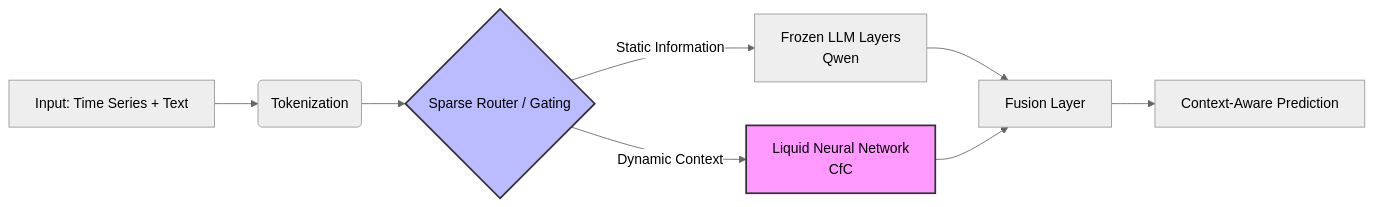
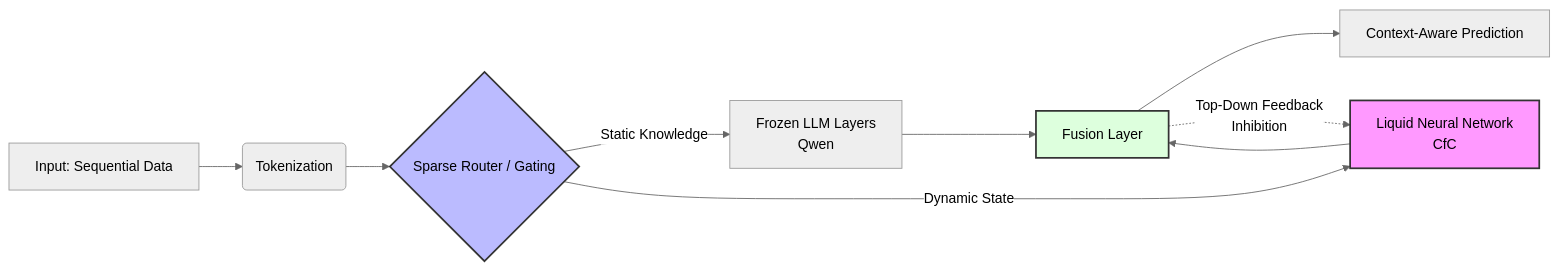
Before and after one commit to Benoth08/Benoth08: the diagram in README.md, drawn with Mermaid (neutral theme). The commit also changed other lines of this file, not shown here.

````diff
--- a/README.md
+++ b/README.md
@@ -37,13 +37,15 @@
 ```mermaid
 graph LR
-    A[Input: Time Series + Text] --> B(Tokenization);
+    A[Input: Sequential Data] --> B(Tokenization);
     B --> C{Sparse Router / Gating};
-    C -->|Static Information| D[Frozen LLM Layers<br/>Qwen];
-    C -->|Dynamic Context| E[Liquid Neural Network<br/>CfC];
+    C -->|Static Knowledge| D[Frozen LLM Layers<br/>Qwen];
+    C -->|Dynamic State| E[Liquid Neural Network<br/>CfC];
     D --> F[Fusion Layer];
     E --> F;
     F --> G[Context-Aware Prediction];
+    F -.->|Top-Down Feedback<br/>Inhibition| E;
     
     style E fill:#f9f,stroke:#333,stroke-width:2px
     style C fill:#bbf,stroke:#333,stroke-width:2px
+    style F fill:#dfd,stroke:#333,stroke-width:2px
 ```
````
